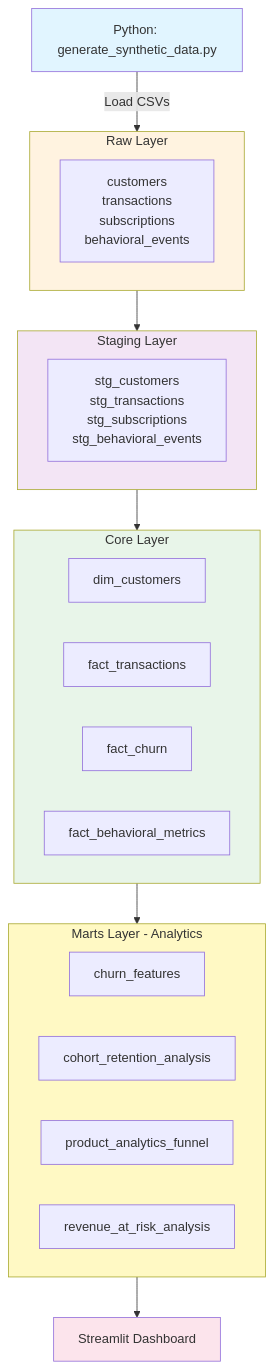
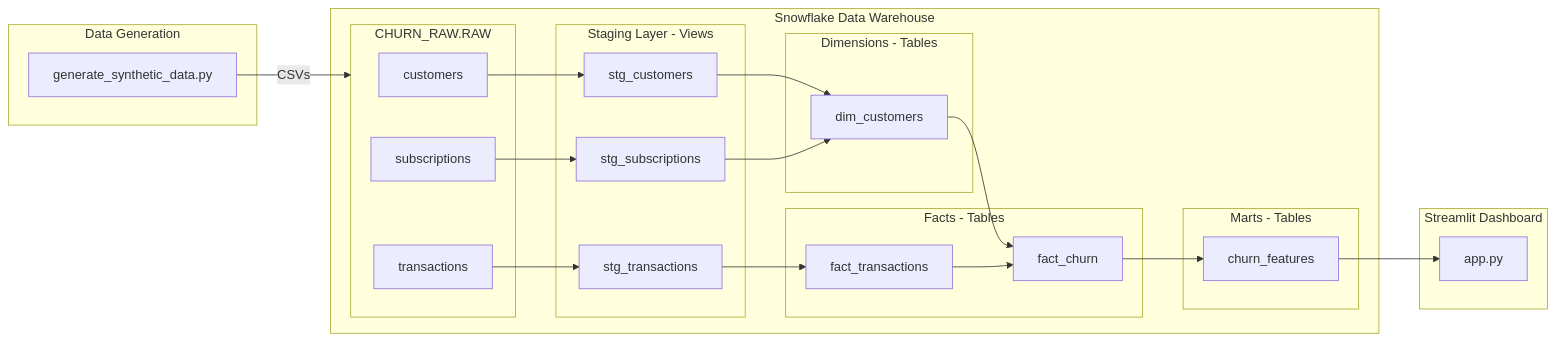
The diagram in README.md (kbai612/Customer_Churn_Project), drawn with Mermaid before and after one commit.

Commit message:
revert to latest

````diff
--- a/README.md
+++ b/README.md
@@ -53,41 +53,49 @@
 ```mermaid
-flowchart TB
-    PY[Python: generate_synthetic_data.py]
-    
-    subgraph RAW[Raw Layer]
-        R1[customers<br/>transactions<br/>subscriptions<br/>behavioral_events]
+flowchart LR
+    subgraph generation [Data Generation]
+        PY[generate_synthetic_data.py]
     end
-    
-    subgraph STAGING[Staging Layer]
-        S1[stg_customers<br/>stg_transactions<br/>stg_subscriptions<br/>stg_behavioral_events]
+
+    subgraph snowflake [Snowflake Data Warehouse]
+        subgraph raw [CHURN_RAW.RAW]
+            RC[customers]
+            RT[transactions]
+            RS[subscriptions]
+        end
+
+        subgraph staging [Staging Layer - Views]
+            SC[stg_customers]
+            ST[stg_transactions]
+            SS[stg_subscriptions]
+        end
+
+        subgraph dims [Dimensions - Tables]
+            DC[dim_customers]
+        end
+
+        subgraph facts [Facts - Tables]
+            FT[fact_transactions]
+            FC[fact_churn]
+        end
+
+        subgraph marts [Marts - Tables]
+            CF[churn_features]
+        end
     end
-    
-    subgraph CORE[Core Layer]
-        D1[dim_customers]
-        F1[fact_transactions]
-        F2[fact_churn]
-        F3[fact_behavioral_metrics]
+
+    subgraph viz [Streamlit Dashboard]
+        APP[app.py]
     end
-    
-    subgraph MARTS[Marts Layer - Analytics]
-        M1[churn_features]
-        M2[cohort_retention_analysis]
-        M3[product_analytics_funnel]
-        M4[revenue_at_risk_analysis]
-    end
-    
-    DASH[Streamlit Dashboard]
-    
-    PY -->|Load CSVs| RAW
-    RAW --> STAGING
-    STAGING --> CORE
-    CORE --> MARTS
-    MARTS --> DASH
-    
-    style PY fill:#e1f5ff
-    style RAW fill:#fff3e0
-    style STAGING fill:#f3e5f5
-    style CORE fill:#e8f5e9
-    style MARTS fill:#fff9c4
-    style DASH fill:#fce4ec
+
+    PY -->|CSVs| raw
+    RC --> SC
+    RT --> ST
+    RS --> SS
+    SC --> DC
+    SS --> DC
+    ST --> FT
+    DC --> FC
+    FT --> FC
+    FC --> CF
+    CF --> APP
 ```
````
